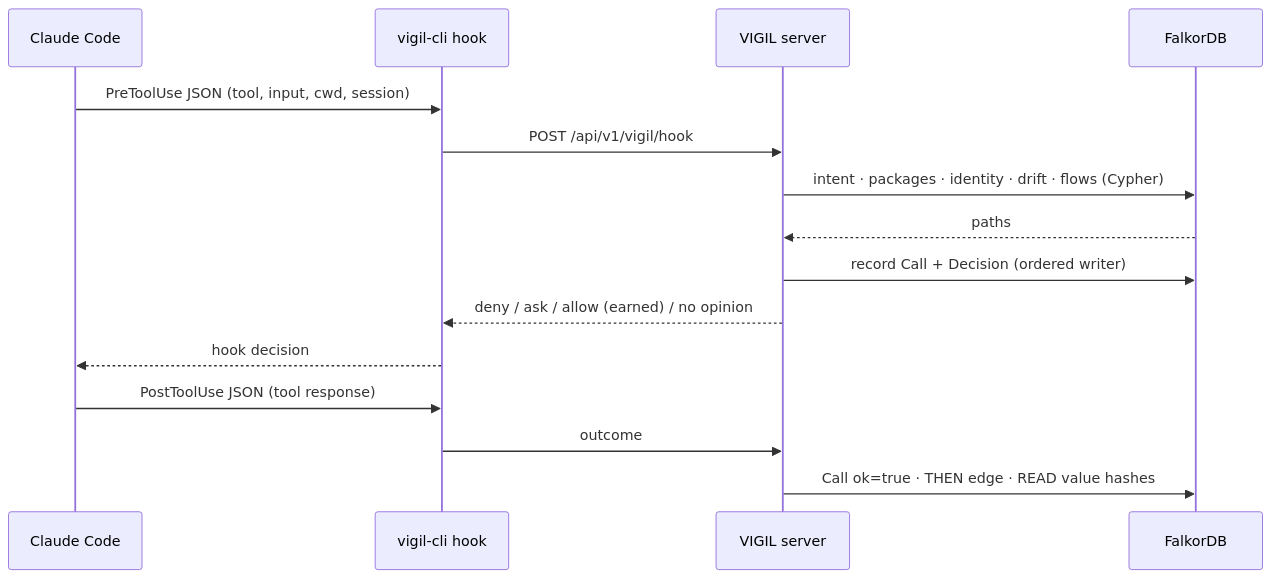
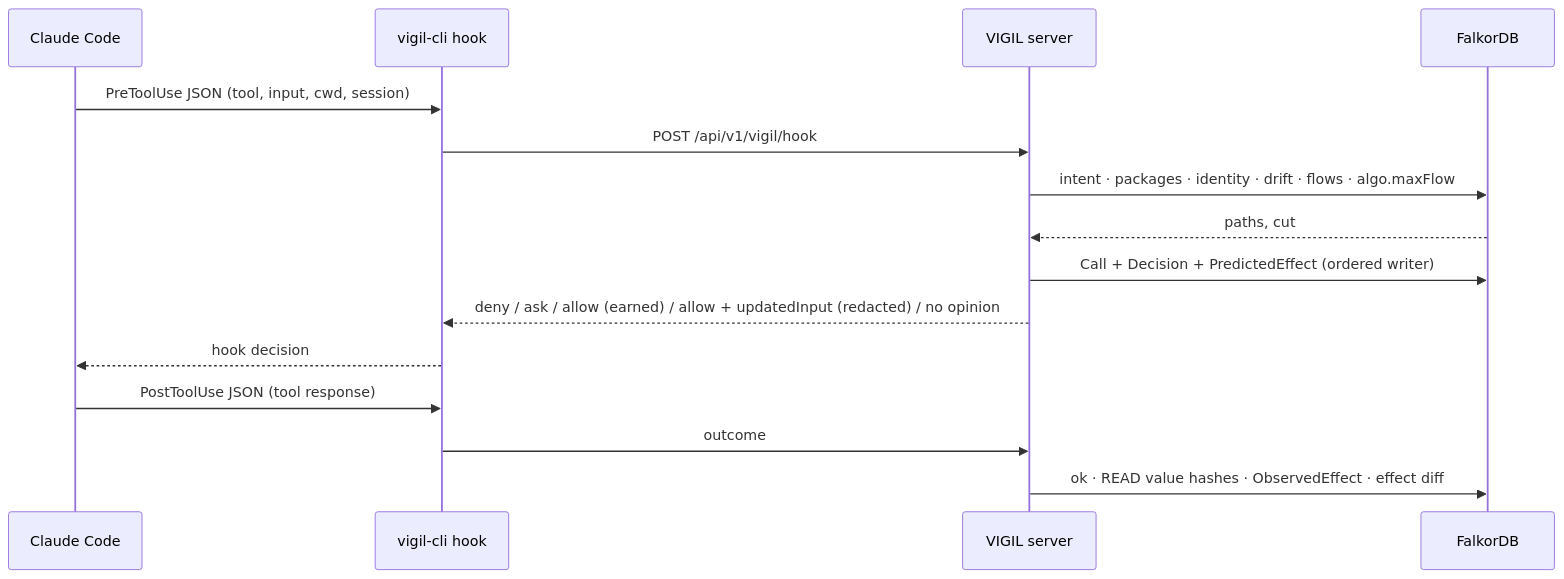
Before and after one commit to Aaditya1273/Onix: the second of 2 diagrams in README.md, drawn with Mermaid. The commit also changed other lines of this file and 2 other files, not shown here.

Commit message:
docs: README in the Graph Hacks order with measured numbers, every Cypher query, eight beats, and a runnable demo script

````diff
--- a/README.md
+++ b/README.md
@@ -200,17 +117,17 @@
 ```mermaid
 sequenceDiagram
     participant CC as Claude Code
     participant H as vigil-cli hook
     participant V as VIGIL server
     participant G as FalkorDB
     CC->>H: PreToolUse JSON (tool, input, cwd, session)
     H->>V: POST /api/v1/vigil/hook
-    V->>G: intent · packages · identity · drift · flows (Cypher)
-    G-->>V: paths
-    V->>G: record Call + Decision (ordered writer)
-    V-->>H: deny / ask / allow (earned) / no opinion
+    V->>G: intent · packages · identity · drift · flows · algo.maxFlow
+    G-->>V: paths, cut
+    V->>G: Call + Decision + PredictedEffect (ordered writer)
+    V-->>H: deny / ask / allow (earned) / allow + updatedInput (redacted) / no opinion
     H-->>CC: hook decision
     CC->>H: PostToolUse JSON (tool response)
     H->>V: outcome
-    V->>G: Call ok=true · THEN edge · READ value hashes
+    V->>G: ok · READ value hashes · ObservedEffect · effect diff
 ```
````
